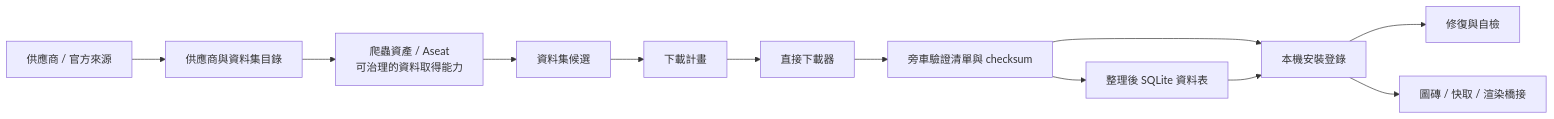
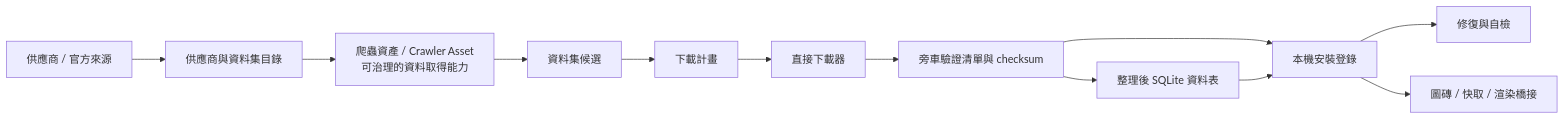
Before and after one commit to YanAnnLu/APIkeys_collection: the first of 3 diagrams in docs/ARCHITECTURE.zh-TW.md, drawn with Mermaid. The commit also changed other lines of this file and 22 other files, not shown here.

````diff
--- a/docs/ARCHITECTURE.zh-TW.md
+++ b/docs/ARCHITECTURE.zh-TW.md
@@ -20,26 +20,26 @@
 ```mermaid
 flowchart LR
     Provider["供應商 / 官方來源"]
     Catalog["供應商與資料集目錄"]
-    CrawlerAsset["爬蟲資產 / Aseat<br/>可治理的資料取得能力"]
+    CrawlerAsset["爬蟲資產 / Crawler Asset<br/>可治理的資料取得能力"]
     Candidate["資料集候選"]
     Plan["下載計畫"]
     Download["直接下載器"]
     Manifest["旁車驗證清單與 checksum"]
     Registry["本機安裝登錄"]
     Curated["整理後 SQLite 資料表"]
     Repair["修復與自檢"]
     Renderer["圖磚 / 快取 / 渲染橋接"]
 
     Provider --> Catalog
     Catalog --> CrawlerAsset
     CrawlerAsset --> Candidate
     Candidate --> Plan
     Plan --> Download
     Download --> Manifest
     Manifest --> Registry
     Manifest --> Curated
     Curated --> Registry
     Registry --> Repair
     Registry --> Renderer
 ```
````
